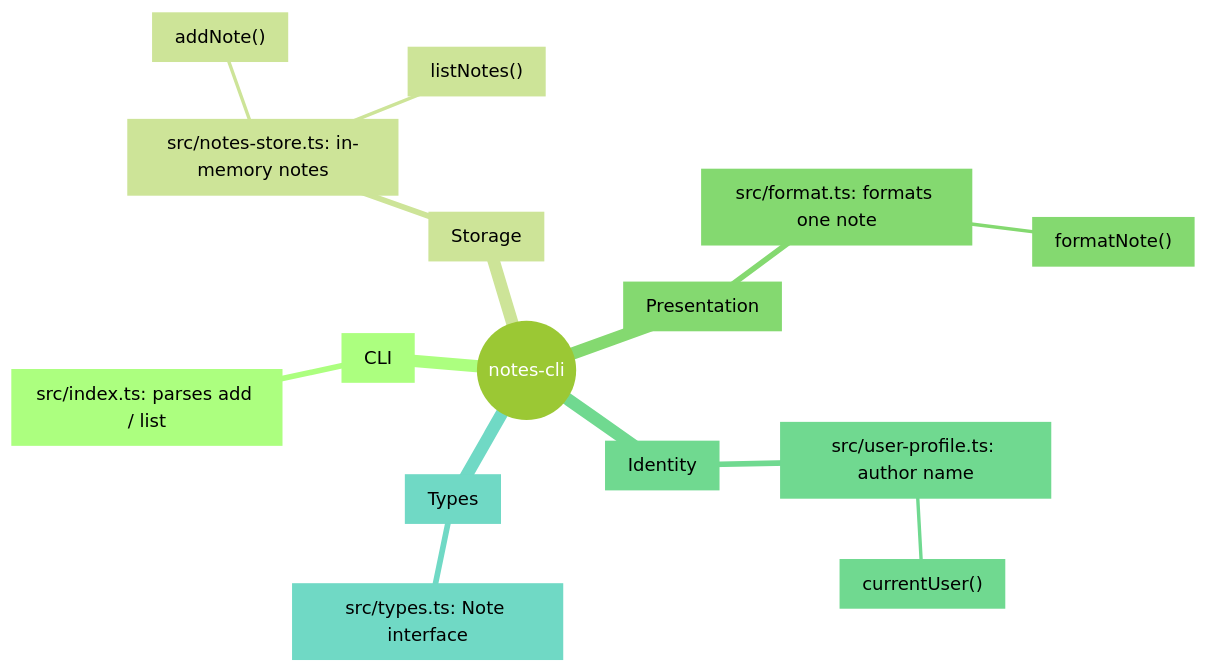
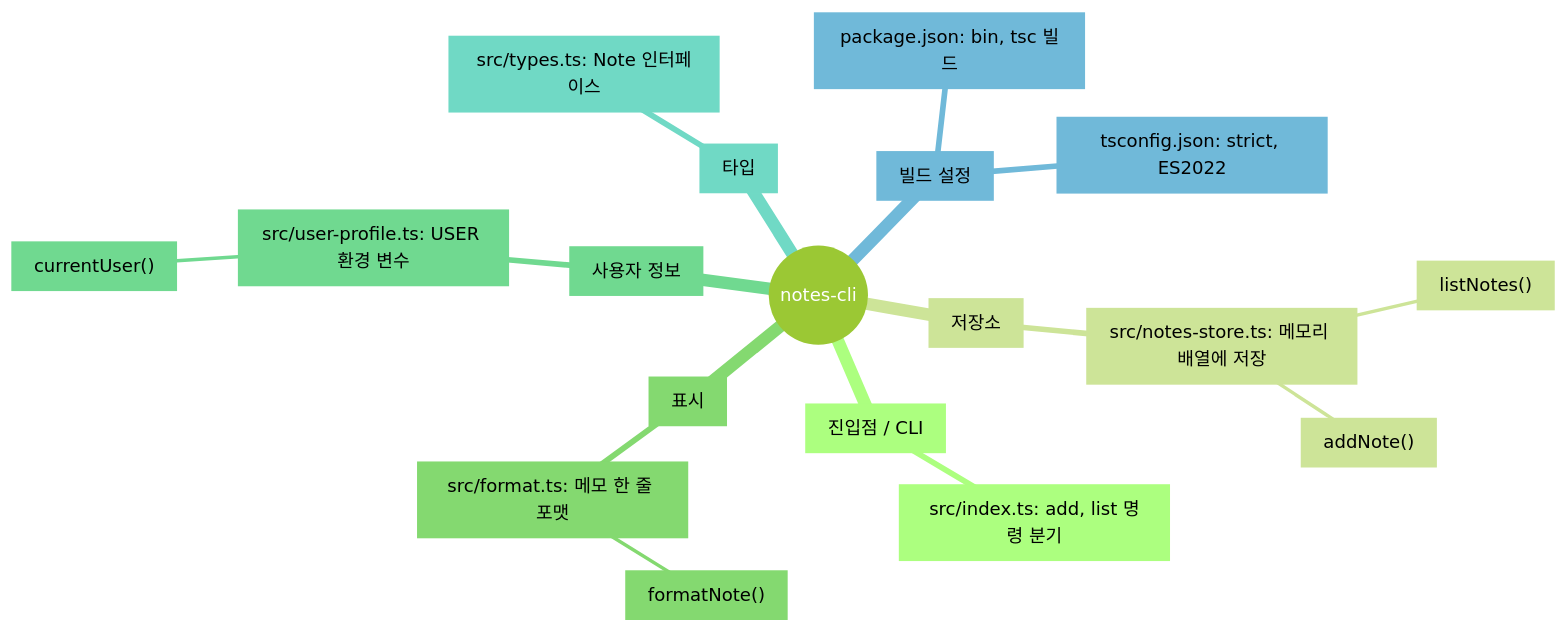
The diagram in examples/ts-notes-cli/docs/codemap/mindmap.md (hxxnn/codemap), drawn with Mermaid (forest theme) before and after one commit. The commit also changed other lines of this file and 44 other files, not shown here.

````diff
--- a/examples/ts-notes-cli/docs/codemap/mindmap.md
+++ b/examples/ts-notes-cli/docs/codemap/mindmap.md
@@ -14,18 +14,21 @@
 ```mermaid
 mindmap
   root((notes-cli))
-    a1["CLI"]
-      a2["src/index.ts: parses add / list"]
-    a3["Storage"]
-      a4["src/notes-store.ts: in-memory notes"]
-        a5["addNote()"]
-        a6["listNotes()"]
-    a7["Presentation"]
-      a8["src/format.ts: formats one note"]
-        a9["formatNote()"]
-    a10["Identity"]
-      a11["src/user-profile.ts: author name"]
-        a12["currentUser()"]
-    a13["Types"]
-      a14["src/types.ts: Note interface"]
+    n1["진입점 / CLI"]
+      n2["src/index.ts: add, list 명령 분기"]
+    n3["저장소"]
+      n4["src/notes-store.ts: 메모리 배열에 저장"]
+        n5["addNote()"]
+        n6["listNotes()"]
+    n7["표시"]
+      n8["src/format.ts: 메모 한 줄 포맷"]
+        n9["formatNote()"]
+    n10["사용자 정보"]
+      n11["src/user-profile.ts: USER 환경 변수"]
+        n12["currentUser()"]
+    n13["타입"]
+      n14["src/types.ts: Note 인터페이스"]
+    n15["빌드 설정"]
+      n16["package.json: bin, tsc 빌드"]
+      n17["tsconfig.json: strict, ES2022"]
 ```
````
